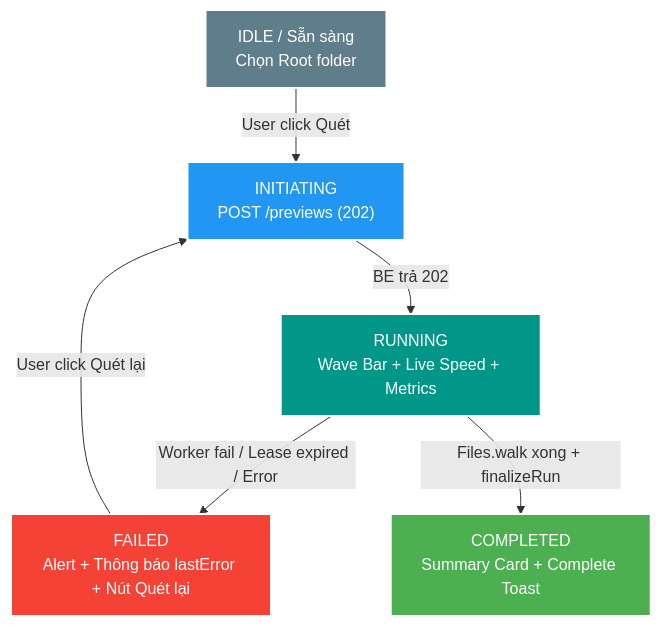
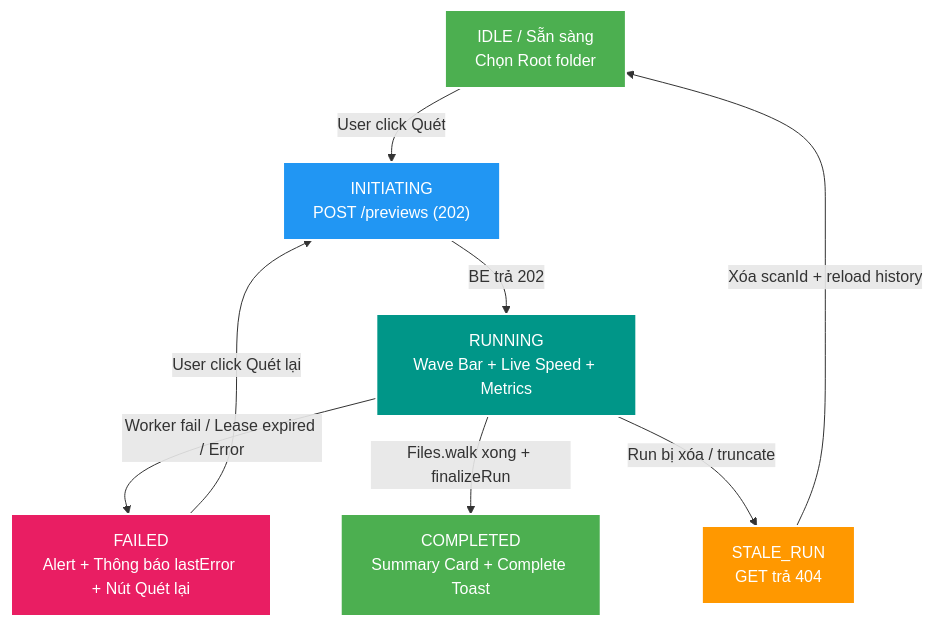
The second of 2 diagrams in manual/learning/use-cases/scale-capacity/sc-01-scan-one-million-filesystem-entry/05-ui-ux-solution-behavior.md (HungPhan200591/file-mngt-be-v2), drawn with Mermaid before and after one commit. The commit also changed other lines of this file and 1 other file, not shown here.

````diff
--- a/manual/learning/use-cases/scale-capacity/sc-01-scan-one-million-filesystem-entry/05-ui-ux-solution-behavior.md
+++ b/manual/learning/use-cases/scale-capacity/sc-01-scan-one-million-filesystem-entry/05-ui-ux-solution-behavior.md
@@ -142,20 +149,24 @@
 ```mermaid
 flowchart TD
     IDLE["<font color='white'>IDLE / Sẵn sàng<br/>Chọn Root folder</font>"]
     INIT["<font color='white'>INITIATING<br/>POST /previews (202)</font>"]
     RUNNING["<font color='white'>RUNNING<br/>Wave Bar + Live Speed + Metrics</font>"]
     FAILED["<font color='white'>FAILED<br/>Alert + Thông báo lastError + Nút Quét lại</font>"]
     COMPLETED["<font color='white'>COMPLETED<br/>Summary Card + Complete Toast</font>"]
+    STALE["<font color='white'>STALE_RUN<br/>GET trả 404</font>"]
 
     IDLE -->|"User click Quét"| INIT
     INIT -->|"BE trả 202"| RUNNING
     RUNNING -->|"Worker fail / Lease expired / Error"| FAILED
     FAILED -->|"User click Quét lại"| INIT
     RUNNING -->|"Files.walk xong + finalizeRun"| COMPLETED
+    RUNNING -->|"Run bị xóa / truncate"| STALE
+    STALE -->|"Xóa scanId + reload history"| IDLE
 
-    style IDLE fill:#607D8B,stroke:#fff,stroke-width:2px
+    style IDLE fill:#4CAF50,stroke:#fff,stroke-width:2px
     style INIT fill:#2196F3,stroke:#fff,stroke-width:2px
     style RUNNING fill:#009688,stroke:#fff,stroke-width:2px
-    style FAILED fill:#F44336,stroke:#fff,stroke-width:2px
+    style FAILED fill:#E91E63,stroke:#fff,stroke-width:2px
     style COMPLETED fill:#4CAF50,stroke:#fff,stroke-width:2px
+    style STALE fill:#FF9800,stroke:#fff,stroke-width:2px
 ```
````
